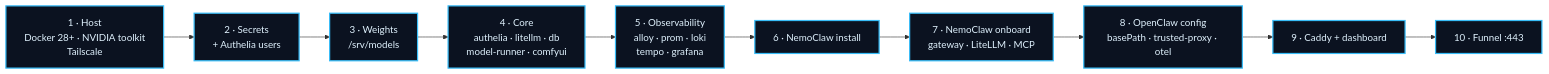
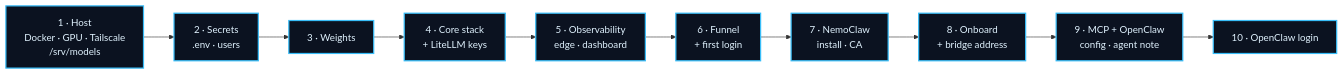
Before and after one commit to ravikiranvs/gb10-ai-stack: diagram 15 of 15 in gb10-agent-stack.md, drawn with Mermaid. The commit also changed other lines of this file and 13 other files, not shown here.

````diff
--- a/gb10-agent-stack.md
+++ b/gb10-agent-stack.md
@@ -854,15 +891,15 @@
 ```mermaid
 flowchart LR
-    A["1 · Host<br/>Docker 28+ · NVIDIA toolkit<br/>Tailscale"] --> B["2 · Secrets<br/>+ Authelia users"]
-    B --> C["3 · Weights<br/>/srv/models"]
-    C --> D["4 · Core<br/>authelia · litellm · db<br/>model-runner · comfyui"]
-    D --> E["5 · Observability<br/>alloy · prom · loki<br/>tempo · grafana"]
-    E --> F["6 · NemoClaw install"]
-    F --> G["7 · NemoClaw onboard<br/>gateway · LiteLLM · MCP"]
-    G --> H["8 · OpenClaw config<br/>basePath · trusted-proxy · otel"]
-    H --> I["9 · Caddy + dashboard"]
-    I --> J["10 · Funnel :443"]
+    A["1 · Host<br/>Docker · GPU · Tailscale<br/>/srv/models"] --> B["2 · Secrets<br/>.env · users"]
+    B --> C["3 · Weights"]
+    C --> D["4 · Core stack<br/>+ LiteLLM keys"]
+    D --> E["5 · Observability<br/>edge · dashboard"]
+    E --> F["6 · Funnel<br/>+ first login"]
+    F --> G["7 · NemoClaw<br/>install · CA"]
+    G --> H["8 · Onboard<br/>+ bridge address"]
+    H --> I["9 · MCP + OpenClaw<br/>config · agent note"]
+    I --> J["10 · OpenClaw login"]
 
     classDef s fill:#0b1220,stroke:#38bdf8,color:#e0f2fe,stroke-width:2px
     class A,B,C,D,E,F,G,H,I,J s
 ```
````
